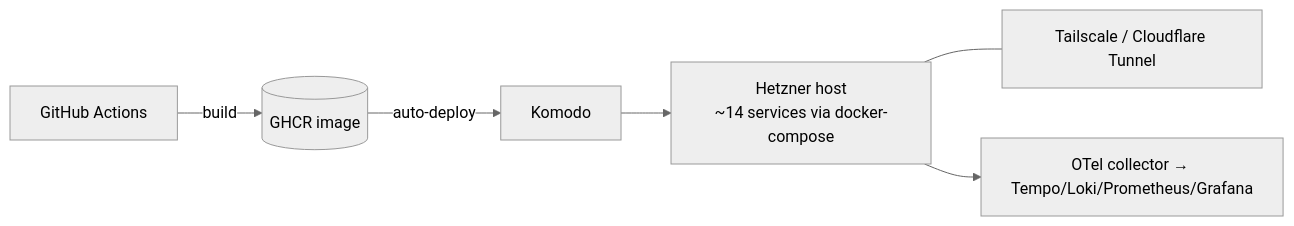
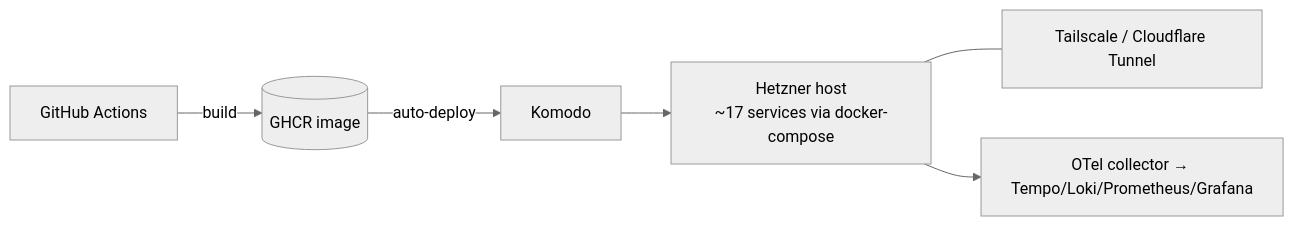
Before and after one commit to baranlanka/et-hotel-ai-showcase: the fifth of 5 diagrams in docs/architecture/ARCHITECTURE.md, drawn with Mermaid (neutral theme). The commit also changed 7 other files, not shown here.

````diff
--- a/docs/architecture/ARCHITECTURE.md
+++ b/docs/architecture/ARCHITECTURE.md
@@ -140,8 +140,8 @@
 ```mermaid
 flowchart LR
     GH[GitHub Actions] -->|build| GHCR[(GHCR image)]
     GHCR -->|auto-deploy| KM[Komodo]
-    KM --> HZ[Hetzner host<br/>~14 services via docker-compose]
+    KM --> HZ[Hetzner host<br/>~17 services via docker-compose]
     HZ --- TS[Tailscale / Cloudflare Tunnel]
     HZ --> OTEL[OTel collector → Tempo/Loki/Prometheus/Grafana]
 ```
````
